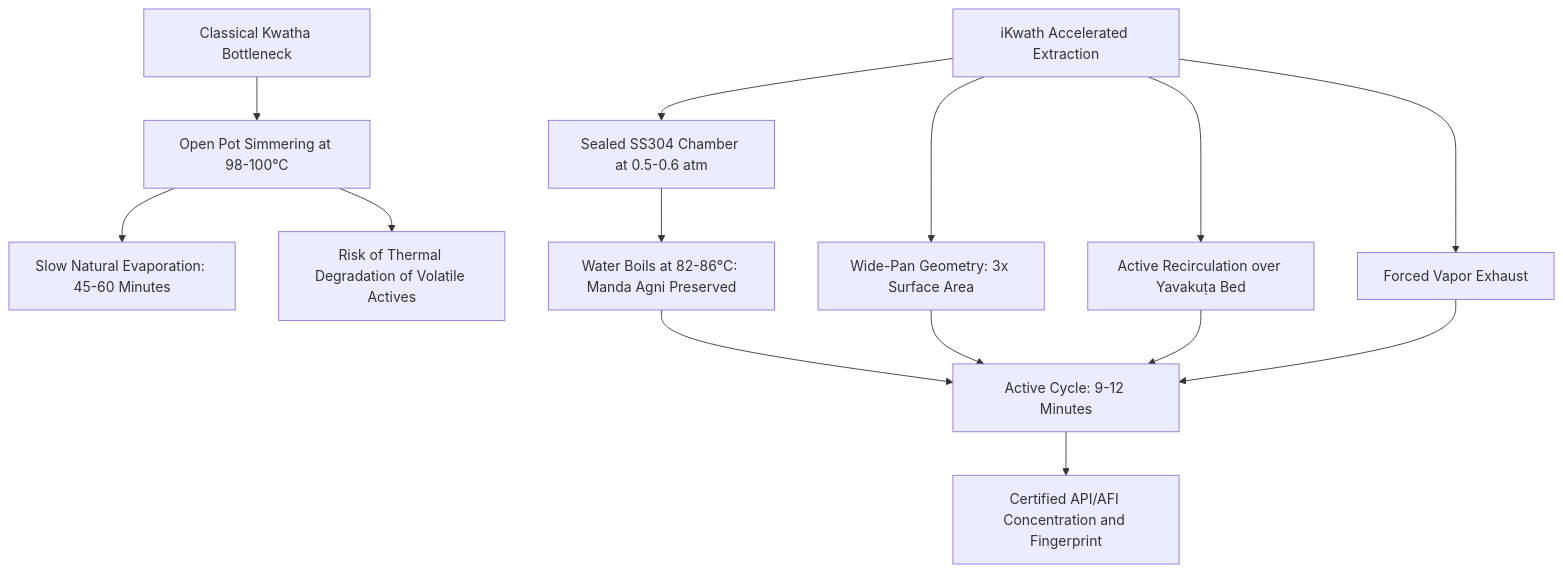
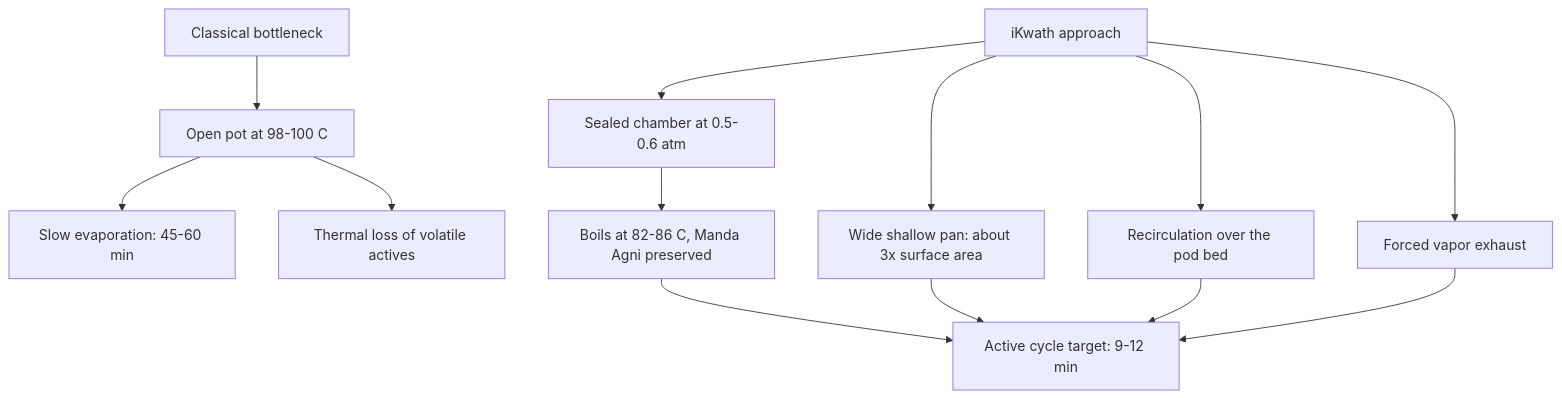
One commit to TejasKadam001/sih-kadha changed the first of 3 diagrams in README.md. Above: the diagram before and after it, drawn with Mermaid. The commit also changed other lines of this file and 27 other files, not shown here.

````diff
--- a/README.md
+++ b/README.md
@@ -48,18 +58,17 @@
 ```mermaid
 graph TD
-    A[Classical Kwatha Bottleneck] --> B[Open Pot Simmering at 98-100°C]
-    B --> C[Slow Natural Evaporation: 45-60 Minutes]
-    B --> D[Risk of Thermal Degradation of Volatile Actives]
-    
-    E[iKwath Accelerated Extraction] --> F[Sealed SS304 Chamber at 0.5-0.6 atm]
-    F --> G[Water Boils at 82-86°C: Manda Agni Preserved]
-    E --> H[Wide-Pan Geometry: 3x Surface Area]
-    E --> I[Active Recirculation over Yavakuṭa Bed]
-    E --> J[Forced Vapor Exhaust]
-    
-    G --> K[Active Cycle: 9-12 Minutes]
+    A[Classical bottleneck] --> B[Open pot at 98-100 C]
+    B --> C[Slow evaporation: 45-60 min]
+    B --> D[Thermal loss of volatile actives]
+
+    E[iKwath approach] --> F[Sealed chamber at 0.5-0.6 atm]
+    F --> G[Boils at 82-86 C, Manda Agni preserved]
+    E --> H[Wide shallow pan: about 3x surface area]
+    E --> I[Recirculation over the pod bed]
+    E --> J[Forced vapor exhaust]
+
+    G --> K[Active cycle target: 9-12 min]
     H --> K
     I --> K
     J --> K
-    K --> L[Certified API/AFI Concentration and Fingerprint]
 ```
````
